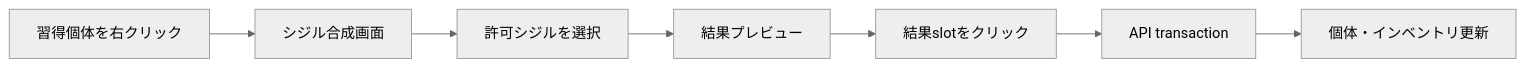
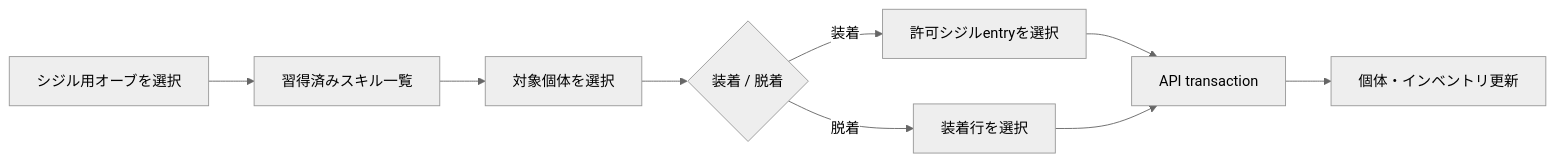
One commit to maaasu/AstralRecord-Workspace changed the third of 3 diagrams in 00_docs/10_Plugin設計書/feature/13-skill/4-統合フロー/13_4-スキルバインドGUI.md. Above: the diagram before and after it, drawn with Mermaid (neutral theme). The commit also changed other lines of this file and 28 other files, not shown here.

````diff
--- a/00_docs/10_Plugin設計書/feature/13-skill/4-統合フロー/13_4-スキルバインドGUI.md
+++ b/00_docs/10_Plugin設計書/feature/13-skill/4-統合フロー/13_4-スキルバインドGUI.md
@@ -64,9 +64,11 @@
 ```mermaid
 flowchart LR
-    A[習得個体を右クリック] --> B[シジル合成画面]
-    B --> C[許可シジルを選択]
-    C --> D[結果プレビュー]
-    D --> E[結果slotをクリック]
-    E --> F[API transaction]
-    F --> G[個体・インベントリ更新]
+    A[シジル用オーブを選択] --> B[習得済みスキル一覧]
+    B --> C[対象個体を選択]
+    C --> D{装着 / 脱着}
+    D -->|装着| E[許可シジルentryを選択]
+    D -->|脱着| F[装着行を選択]
+    E --> G[API transaction]
+    F --> G
+    G --> H[個体・インベントリ更新]
 ```
````
